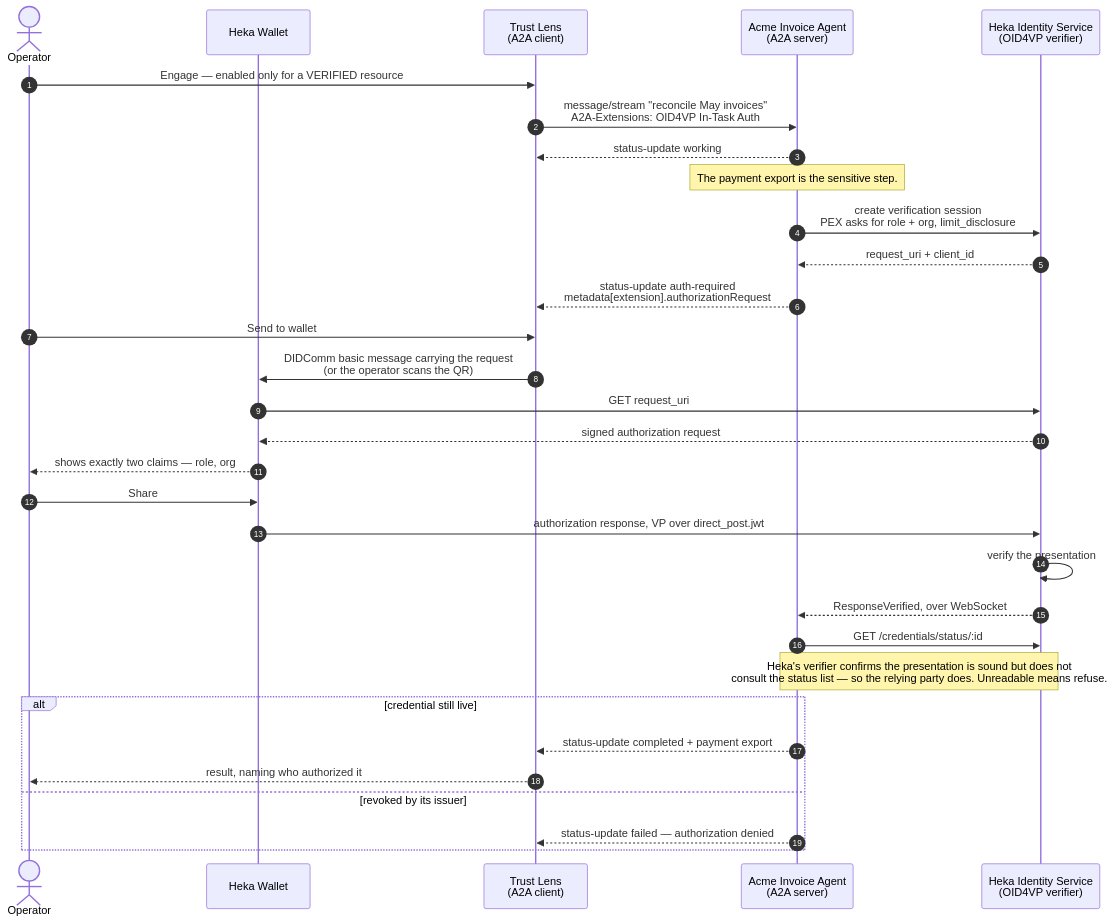
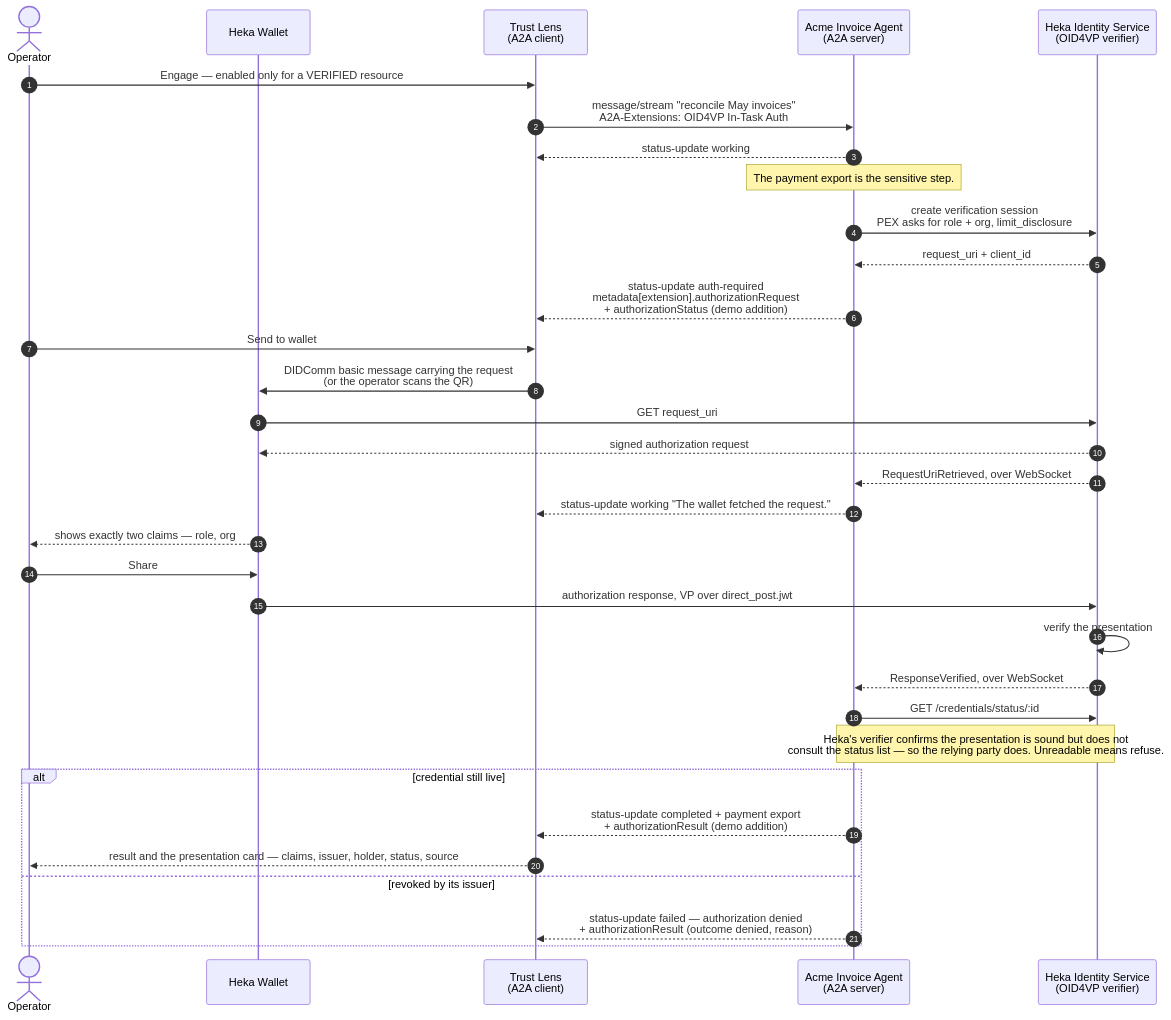
The second of 3 diagrams in demo/trust-lens/README.md (LVS7/heka-identity-platform), drawn with Mermaid before and after one commit. The commit also changed other lines of this file and 22 other files, not shown here.

First line of the commit message:
feat(trust-lens): the presentation is part of the engagement

````diff
--- a/demo/trust-lens/README.md
+++ b/demo/trust-lens/README.md
@@ -84,34 +84,36 @@
 ```mermaid
 sequenceDiagram
     autonumber
     actor Op as Operator
     participant W as Heka Wallet
     participant Lens as Trust Lens<br/>(A2A client)
     participant Agent as Acme Invoice Agent<br/>(A2A server)
     participant HIS as Heka Identity Service<br/>(OID4VP verifier)
 
     Op->>Lens: Engage — enabled only for a VERIFIED resource
     Lens->>Agent: message/stream "reconcile May invoices"<br/>A2A-Extensions: OID4VP In-Task Auth
     Agent-->>Lens: status-update working
     Note over Agent: The payment export is the sensitive step.
     Agent->>HIS: create verification session<br/>PEX asks for role + org, limit_disclosure
     HIS-->>Agent: request_uri + client_id
-    Agent-->>Lens: status-update auth-required<br/>metadata[extension].authorizationRequest
+    Agent-->>Lens: status-update auth-required<br/>metadata[extension].authorizationRequest<br/>+ authorizationStatus (demo addition)
     Op->>Lens: Send to wallet
     Lens->>W: DIDComm basic message carrying the request<br/>(or the operator scans the QR)
     W->>HIS: GET request_uri
     HIS-->>W: signed authorization request
+    HIS-->>Agent: RequestUriRetrieved, over WebSocket
+    Agent-->>Lens: status-update working "The wallet fetched the request."
     W-->>Op: shows exactly two claims — role, org
     Op->>W: Share
     W->>HIS: authorization response, VP over direct_post.jwt
     HIS->>HIS: verify the presentation
     HIS-->>Agent: ResponseVerified, over WebSocket
     Agent->>HIS: GET /credentials/status/:id
     Note over Agent,HIS: Heka's verifier confirms the presentation is sound but does not<br/>consult the status list — so the relying party does. Unreadable means refuse.
     alt credential still live
-        Agent-->>Lens: status-update completed + payment export
-        Lens-->>Op: result, naming who authorized it
+        Agent-->>Lens: status-update completed + payment export<br/>+ authorizationResult (demo addition)
+        Lens-->>Op: result and the presentation card — claims, issuer, holder, status, source
     else revoked by its issuer
-        Agent-->>Lens: status-update failed — authorization denied
+        Agent-->>Lens: status-update failed — authorization denied<br/>+ authorizationResult (outcome denied, reason)
     end
 ```
````
